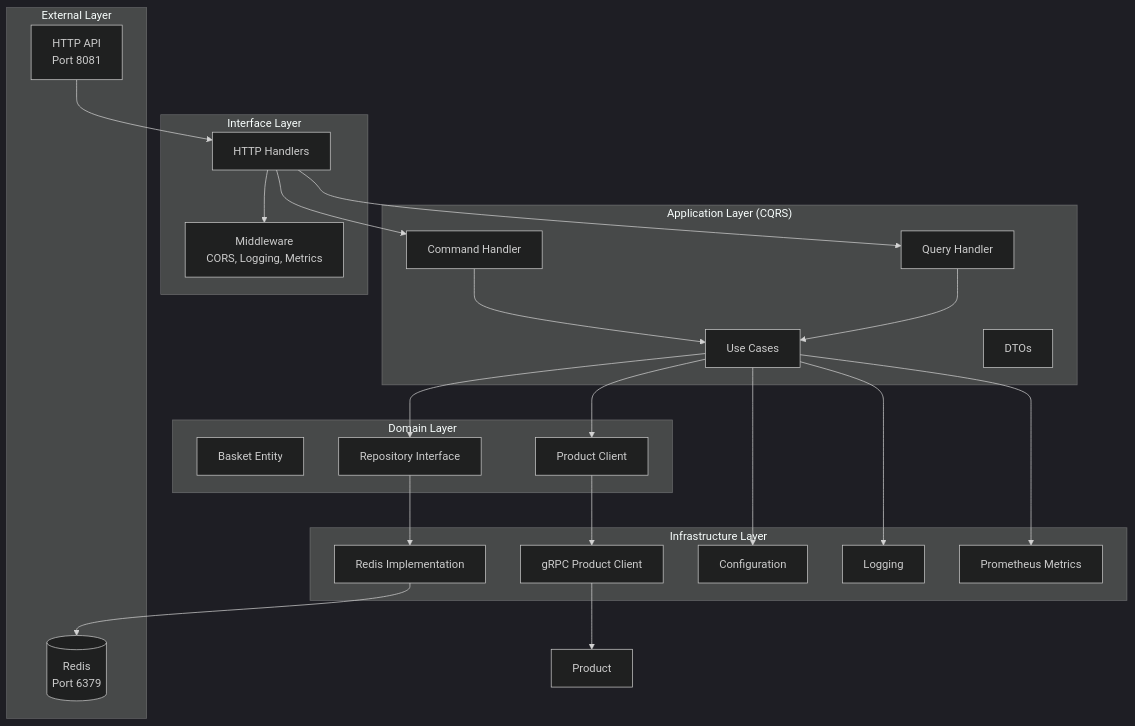
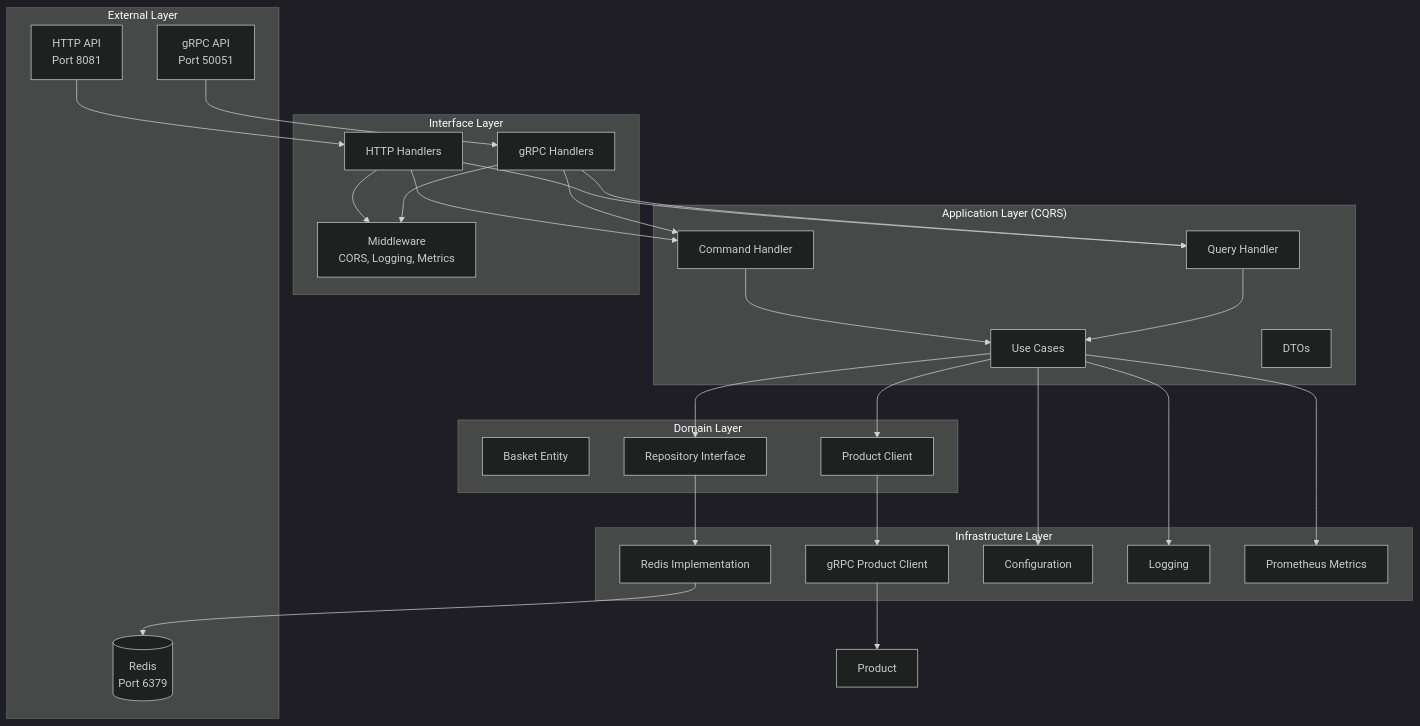
Before and after one commit to ozturkeniss/obs-tools-usage: the third of 3 diagrams in README.md, drawn with Mermaid (dark theme). The commit also changed other lines of this file, not shown here.

Commit message:
Update README.md to reflect gRPC support for Basket Service, including port details and architecture changes

````diff
--- a/README.md
+++ b/README.md
@@ -115,54 +115,60 @@
 ```mermaid
 graph TB
     subgraph "External Layer"
         HTTP[HTTP API<br/>Port 8081]
+        GRPC[gRPC API<br/>Port 50051]
         Redis[(Redis<br/>Port 6379)]
     end
     
     subgraph "Interface Layer"
         HTTPHandler[HTTP Handlers]
+        GRPCHandler[gRPC Handlers]
         Middleware[Middleware<br/>CORS, Logging, Metrics]
     end
     
     subgraph "Application Layer (CQRS)"
         CommandHandler[Command Handler]
         QueryHandler[Query Handler]
         UseCase[Use Cases]
         DTO[DTOs]
     end
     
     subgraph "Domain Layer"
         Entity[Basket Entity]
         Repository[Repository Interface]
         ProductClient[Product Client]
     end
     
     subgraph "Infrastructure Layer"
         RedisImpl[Redis Implementation]
         GRPCClient[gRPC Product Client]
         Config[Configuration]
         Logger[Logging]
         Metrics[Prometheus Metrics]
     end
     
     HTTP --> HTTPHandler
+    GRPC --> GRPCHandler
     HTTPHandler --> Middleware
+    GRPCHandler --> Middleware
     
     HTTPHandler --> CommandHandler
     HTTPHandler --> QueryHandler
+    GRPCHandler --> CommandHandler
+    GRPCHandler --> QueryHandler
     
     CommandHandler --> UseCase
     QueryHandler --> UseCase
     UseCase --> Repository
     UseCase --> ProductClient
     
     Repository --> RedisImpl
     RedisImpl --> Redis
     
     ProductClient --> GRPCClient
     GRPCClient --> Product
     
     UseCase --> Config
     UseCase --> Logger
     UseCase --> Metrics
 ```
````
